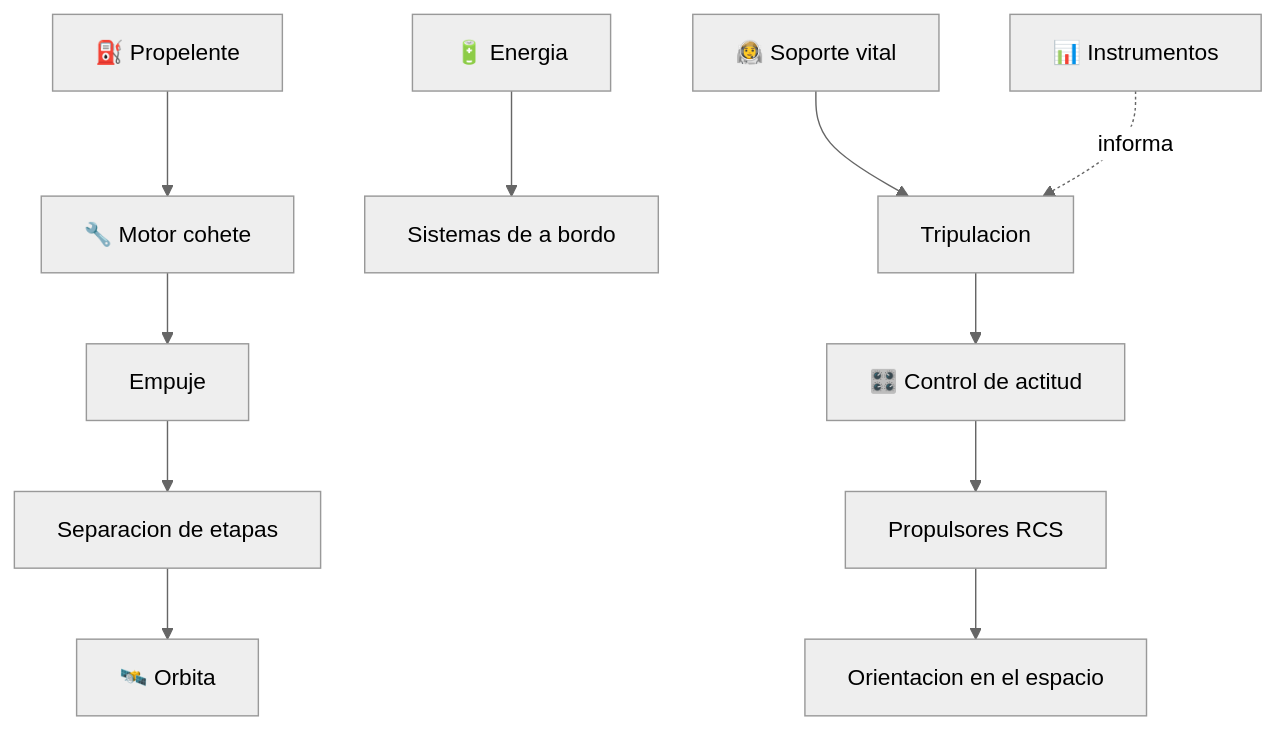
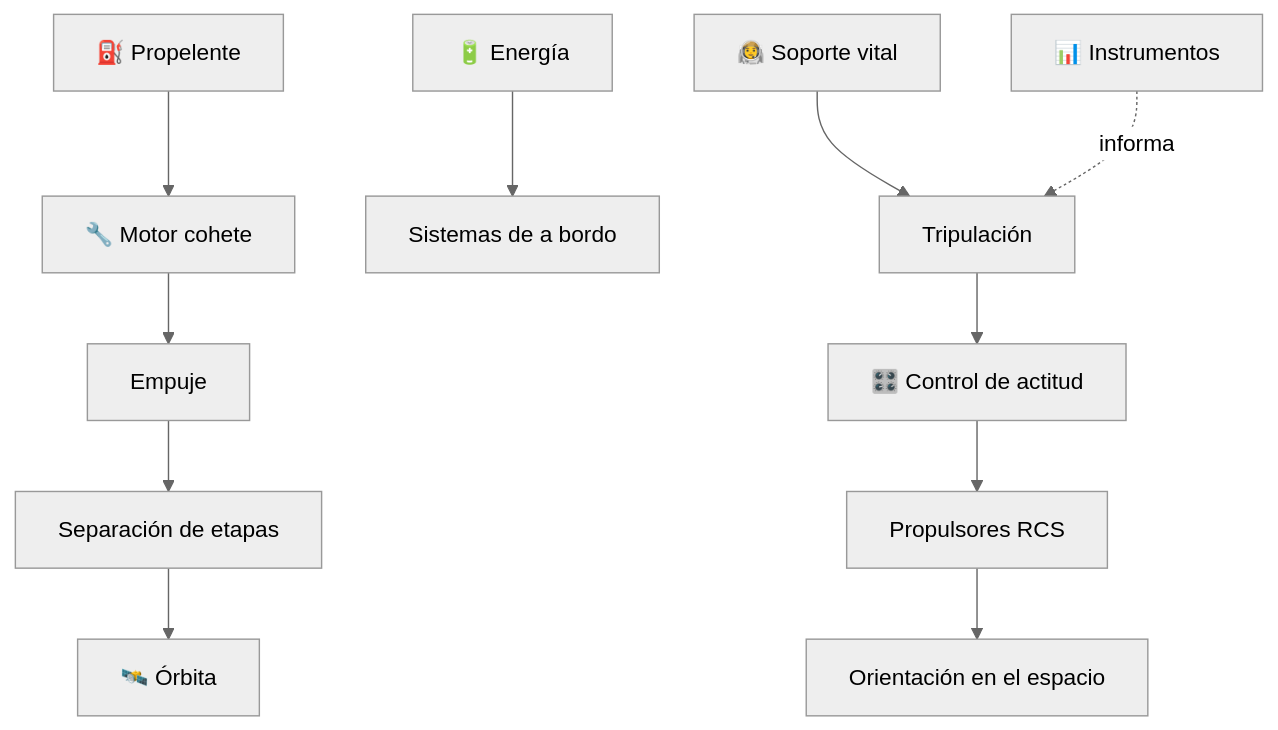
One commit to vladimiracunadev-create/machine-operator-program changed the diagram in vehiculos/naves-espaciales/README.md. Above: the diagram before and after it, drawn with Mermaid (neutral theme). The commit also changed other lines of this file and 442 other files, not shown here.

````diff
--- a/vehiculos/naves-espaciales/README.md
+++ b/vehiculos/naves-espaciales/README.md
@@ -40,13 +40,13 @@
 ```mermaid
 flowchart TD
     Propelente[⛽ Propelente] --> Motor[🔧 Motor cohete]
     Motor --> Empuje[Empuje]
-    Empuje --> Etapas[Separacion de etapas]
-    Etapas --> Orbita[🛰️ Orbita]
+    Empuje --> Etapas[Separación de etapas]
+    Etapas --> Orbita[🛰️ Órbita]
     Actitud[🎛️ Control de actitud] --> RCS[Propulsores RCS]
-    RCS --> Orientacion[Orientacion en el espacio]
-    Energia[🔋 Energia] --> Sistemas[Sistemas de a bordo]
-    Soporte[🧑‍🚀 Soporte vital] --> Tripulacion[Tripulacion]
+    RCS --> Orientacion[Orientación en el espacio]
+    Energia[🔋 Energía] --> Sistemas[Sistemas de a bordo]
+    Soporte[🧑‍🚀 Soporte vital] --> Tripulacion[Tripulación]
     Panel[📊 Instrumentos] -. informa .-> Tripulacion
     Tripulacion --> Actitud
 ```
````
